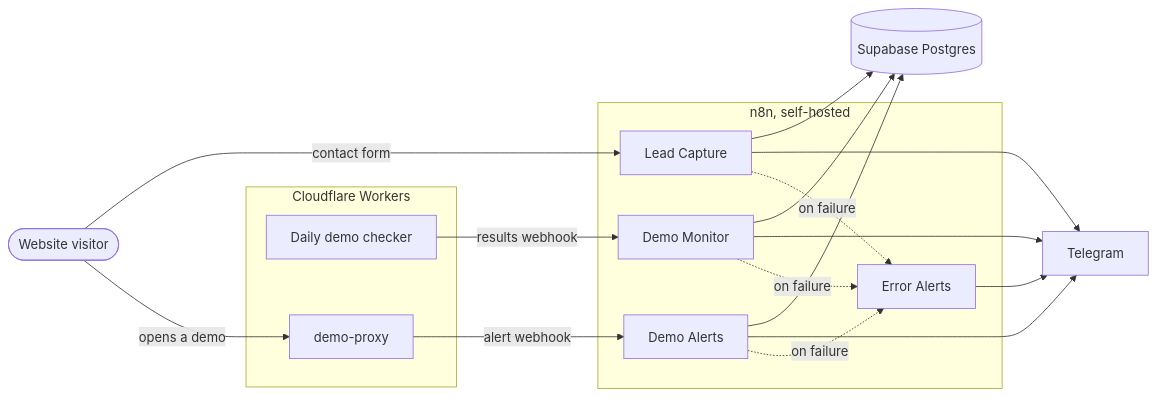
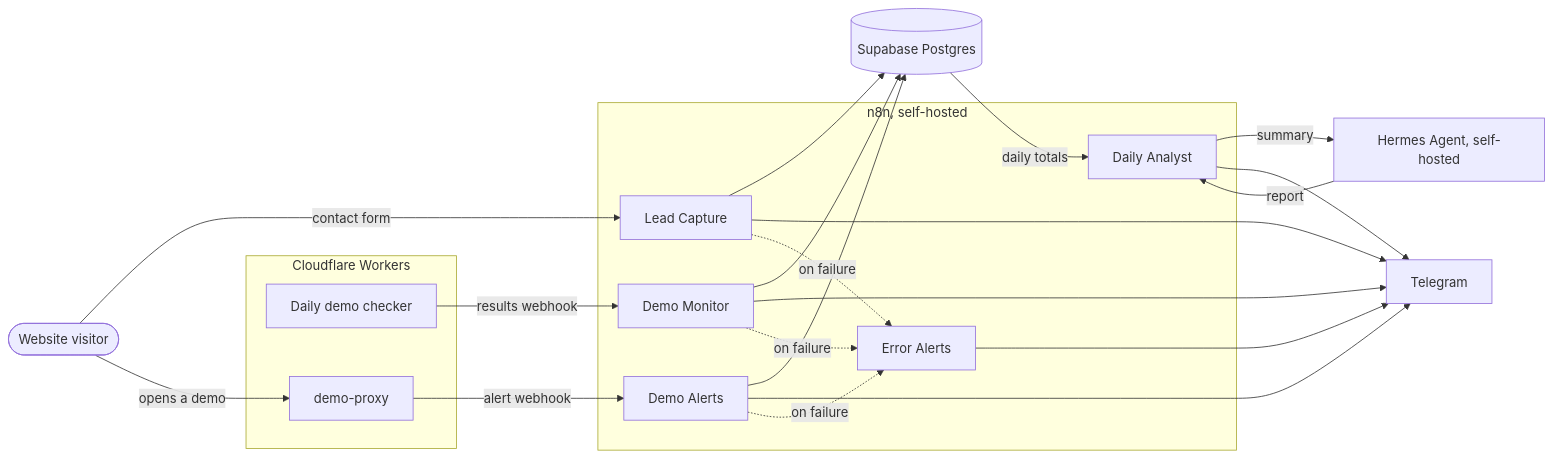
The diagram in README.md (Naja-crtl/n8n-workflows), drawn with Mermaid before and after one commit. The commit also changed other lines of this file and 2 other files, not shown here.

Commit message:
Add Daily Analyst: n8n collects the day's numbers, a self-hosted Hermes Agent writes the report

````diff
--- a/README.md
+++ b/README.md
@@ -21,31 +22,37 @@
 ```mermaid
 flowchart LR
     visitor([Website visitor])
     subgraph cf [Cloudflare Workers]
         checker[Daily demo checker]
         proxy[demo-proxy]
     end
     subgraph n8n [n8n, self-hosted]
         lead[Lead Capture]
         monitor[Demo Monitor]
         alerts[Demo Alerts]
         errors[Error Alerts]
+        analyst[Daily Analyst]
     end
+    hermes[Hermes Agent, self-hosted]
     db[(Supabase Postgres)]
     tg[Telegram]
 
     visitor -- contact form --> lead
     visitor -- opens a demo --> proxy
     checker -- results webhook --> monitor
     proxy -- alert webhook --> alerts
     lead --> db
     monitor --> db
     alerts --> db
     lead --> tg
     monitor --> tg
     alerts --> tg
     lead -. on failure .-> errors
     monitor -. on failure .-> errors
     alerts -. on failure .-> errors
     errors --> tg
+    db -- daily totals --> analyst
+    analyst -- summary --> hermes
+    hermes -- report --> analyst
+    analyst --> tg
 ```
````
